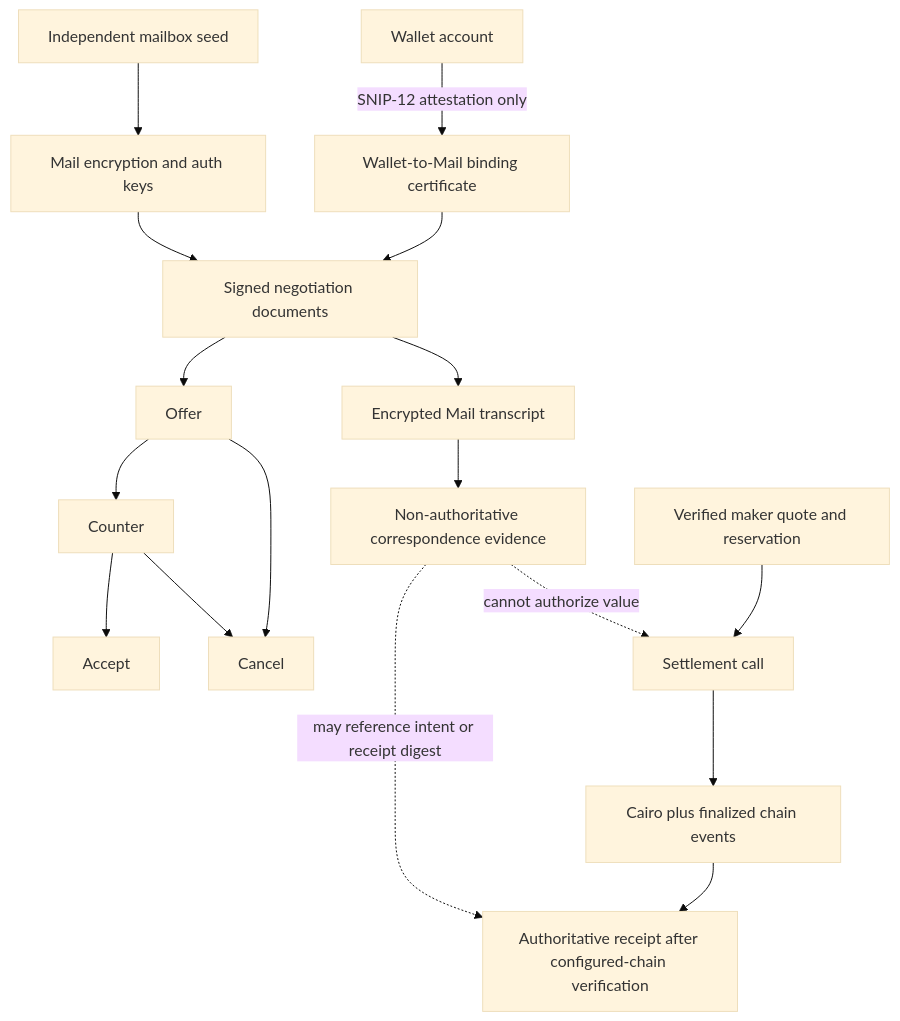
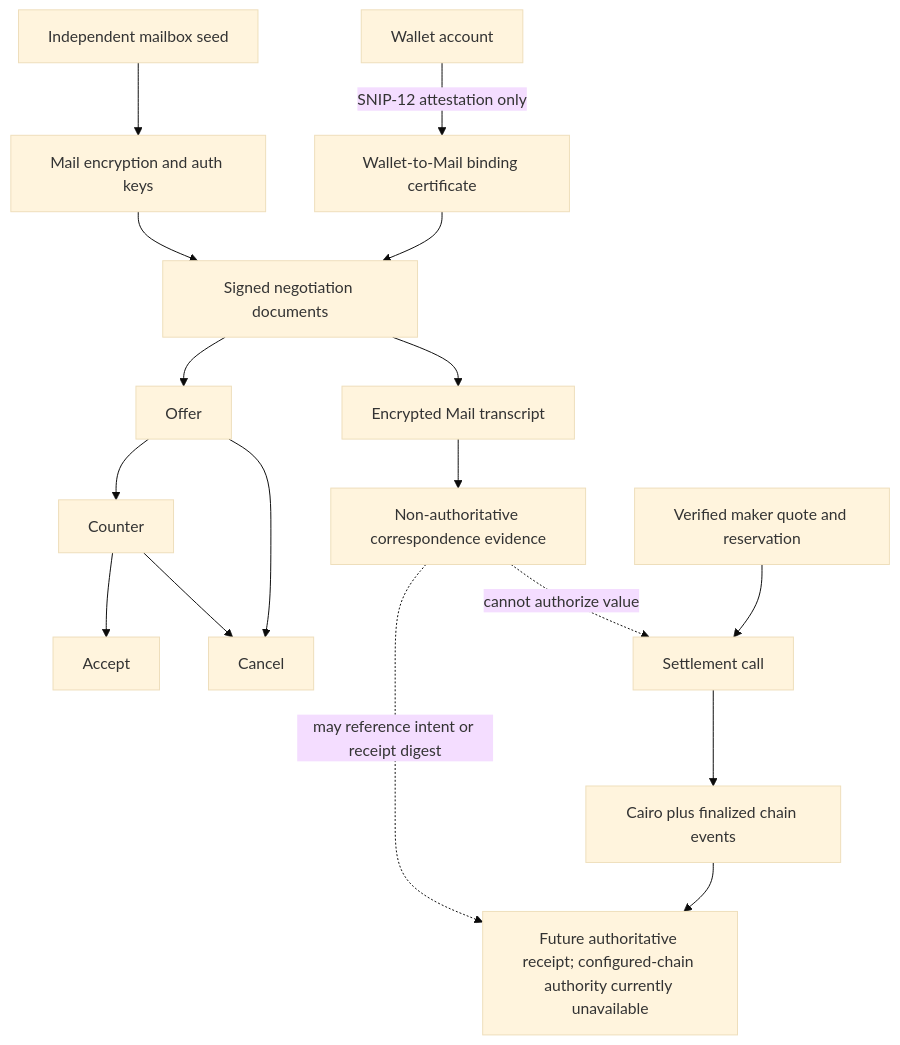
The fifth of 8 diagrams in docs/APP20_PROCESS_DIAGRAMS.md (gstohl/app20), drawn with Mermaid (base theme) before and after one commit. The commit also changed other lines of this file and 238 other files, not shown here.

````diff
--- a/docs/APP20_PROCESS_DIAGRAMS.md
+++ b/docs/APP20_PROCESS_DIAGRAMS.md
@@ -126,23 +126,23 @@
 ```mermaid
 flowchart TD
     W[Wallet account] -->|SNIP-12 attestation only| K[Wallet-to-Mail binding certificate]
     S[Independent mailbox seed] --> MK[Mail encryption and auth keys]
     K --> N[Signed negotiation documents]
     MK --> N
 
     N --> O[Offer]
     O --> C[Counter]
     C --> AC[Accept]
     O --> CA[Cancel]
     C --> CA
 
     N --> T[Encrypted Mail transcript]
     T --> EV[Non-authoritative correspondence evidence]
 
     Q[Verified maker quote and reservation] --> ST[Settlement call]
     ST --> CH[Cairo plus finalized chain events]
-    CH --> AR[Authoritative receipt after configured-chain verification]
+    CH --> AR[Future authoritative receipt; configured-chain authority currently unavailable]
 
     EV -. may reference intent or receipt digest .-> AR
     EV -. cannot authorize value .-> ST
 ```
````
